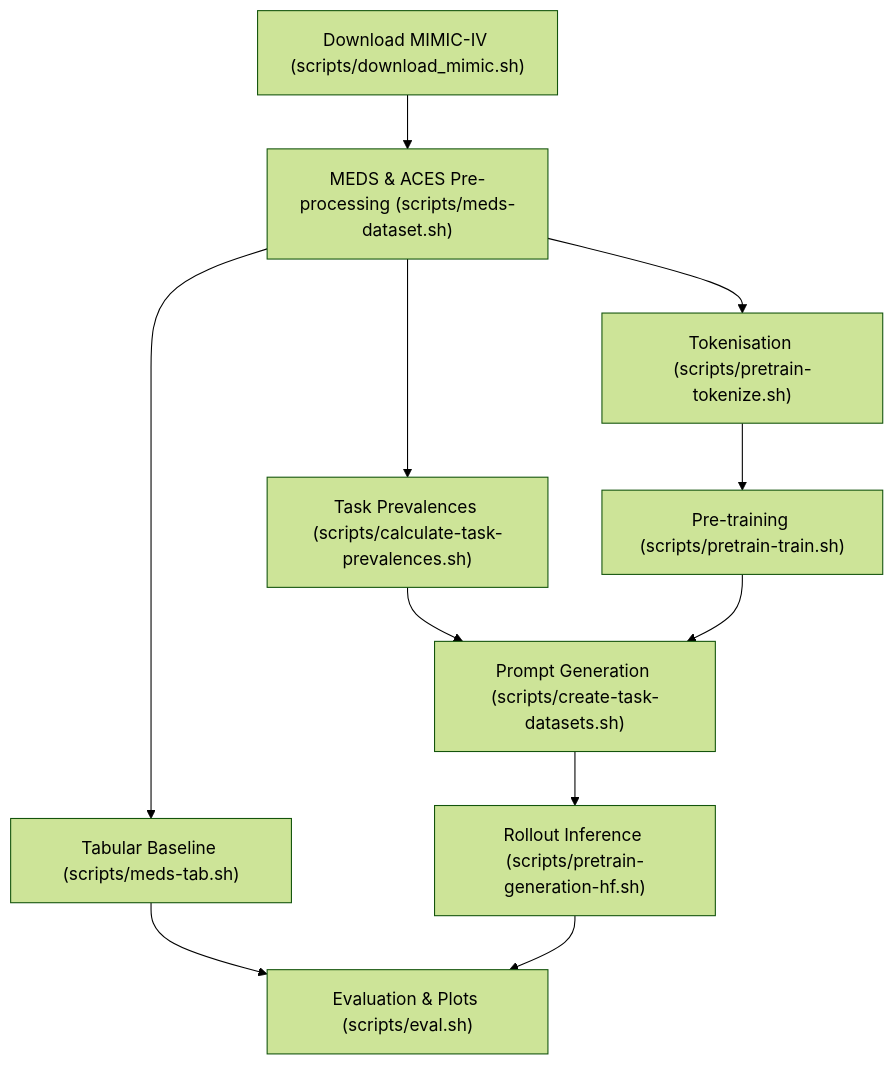
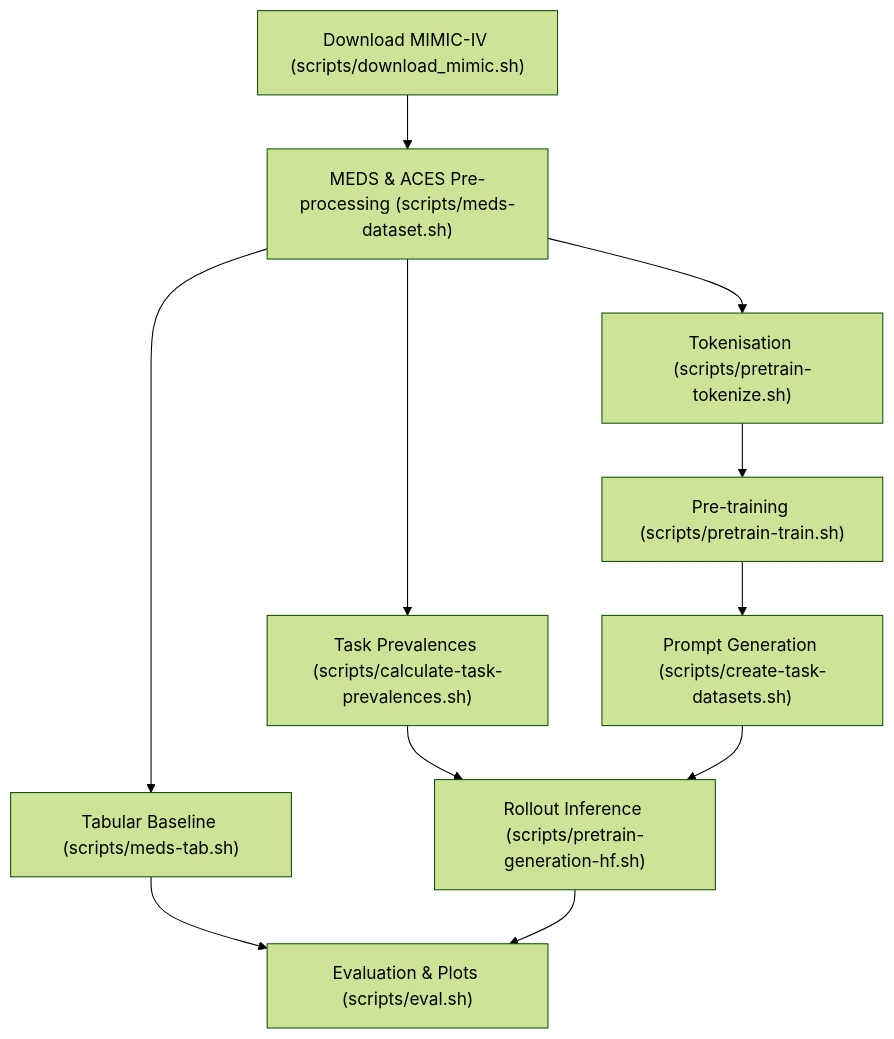
Before and after one commit to Montgomeryyyy/delta-sum: the diagram in README.md, drawn with Mermaid (forest theme). The commit also changed other lines of this file and 2 other files, not shown here.

````diff
--- a/README.md
+++ b/README.md
@@ -161,11 +153,11 @@
 ```mermaid
 flowchart TD
     A["Download MIMIC-IV (scripts/download_mimic.sh)"] --> B["MEDS & ACES Pre-processing (scripts/meds-dataset.sh)"]
     B --> C["Task Prevalences (scripts/calculate-task-prevalences.sh)"]
     B --> D["Tabular Baseline (scripts/meds-tab.sh)"]
     B --> E["Tokenisation (scripts/pretrain-tokenize.sh)"]
     E --> F["Pre-training (scripts/pretrain-train.sh)"]
-    C & F --> G["Prompt Generation (scripts/create-task-datasets.sh)"]
-    G --> H["Rollout Inference (scripts/pretrain-generation-hf.sh)"]
+    F --> G["Prompt Generation (scripts/create-task-datasets.sh)"]
+    C & G --> H["Rollout Inference (scripts/pretrain-generation-hf.sh)"]
     D & H --> I["Evaluation & Plots (scripts/eval.sh)"]
 ```
````
